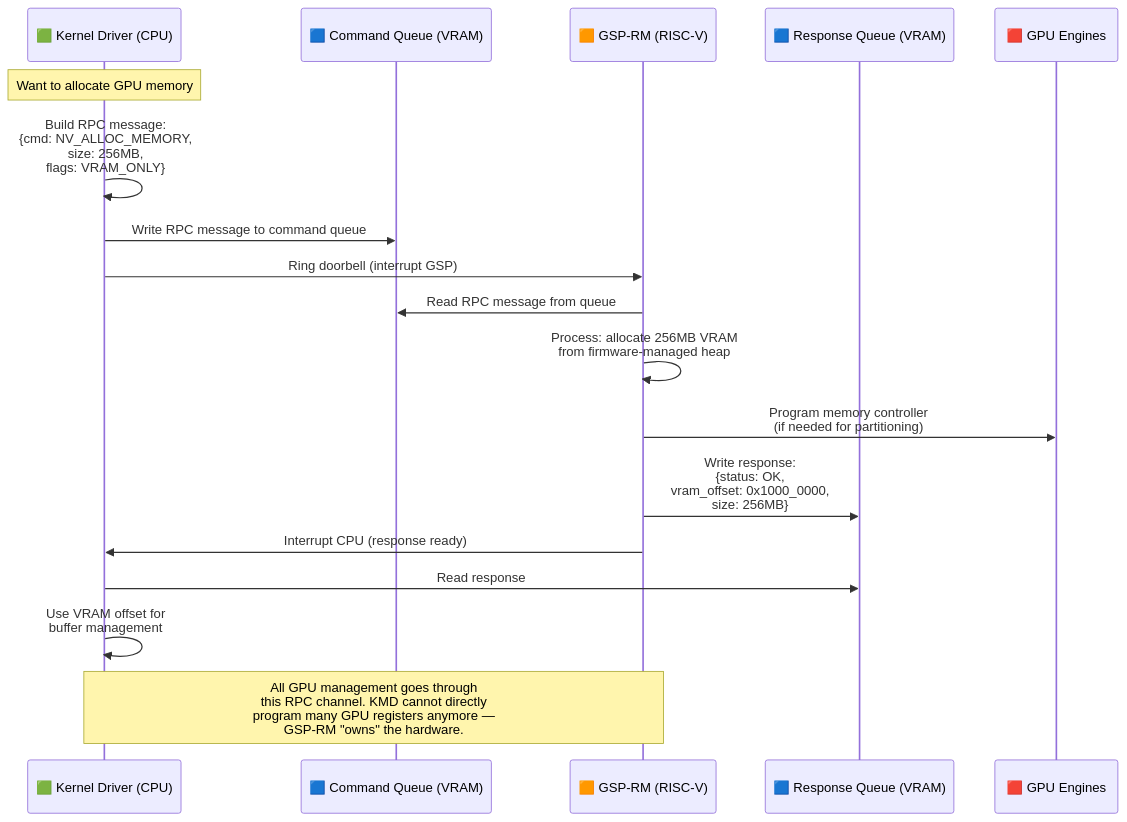
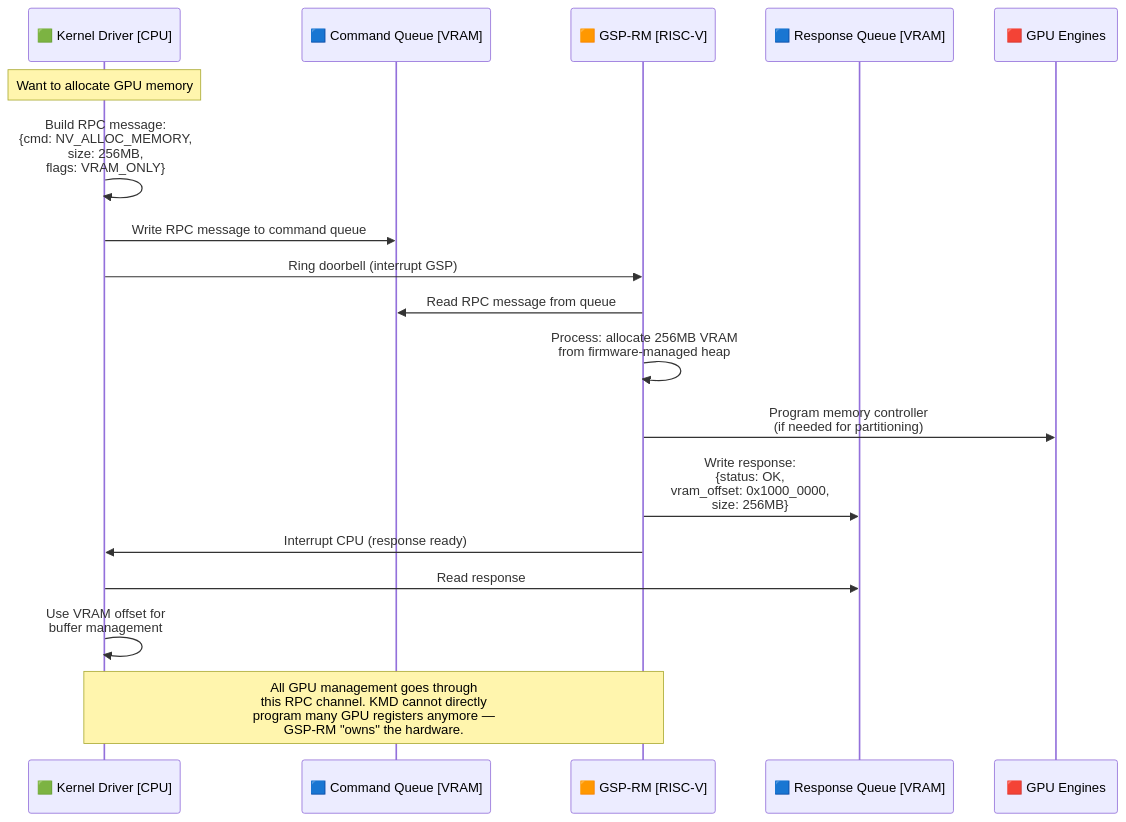
The tenth of 22 diagrams in MemoryManagement/18_NVIDIA_System_Design_Part2.md (nilprajapati97/Linux), drawn with Mermaid before and after one commit. The commit also changed other lines of this file and 68 other files, not shown here.

````diff
--- a/MemoryManagement/18_NVIDIA_System_Design_Part2.md
+++ b/MemoryManagement/18_NVIDIA_System_Design_Part2.md
@@ -409,29 +409,29 @@
 ```mermaid
 sequenceDiagram
-    participant KMD as 🟩 Kernel Driver (CPU)
-    participant CMD as 🟦 Command Queue (VRAM)
-    participant GSP as 🟧 GSP-RM (RISC-V)
-    participant RSP as 🟦 Response Queue (VRAM)
+    participant KMD as 🟩 Kernel Driver [CPU]
+    participant CMD as 🟦 Command Queue [VRAM]
+    participant GSP as 🟧 GSP-RM [RISC-V]
+    participant RSP as 🟦 Response Queue [VRAM]
     participant GPU_HW as 🟥 GPU Engines
 
     Note over KMD: Want to allocate GPU memory
 
     KMD->>KMD: Build RPC message:<br/>{cmd: NV_ALLOC_MEMORY,<br/> size: 256MB,<br/> flags: VRAM_ONLY}
 
     KMD->>CMD: Write RPC message to command queue
     KMD->>GSP: Ring doorbell (interrupt GSP)
 
     GSP->>CMD: Read RPC message from queue
     GSP->>GSP: Process: allocate 256MB VRAM<br/>from firmware-managed heap
 
     GSP->>GPU_HW: Program memory controller<br/>(if needed for partitioning)
 
     GSP->>RSP: Write response:<br/>{status: OK,<br/> vram_offset: 0x1000_0000,<br/> size: 256MB}
 
     GSP->>KMD: Interrupt CPU (response ready)
 
     KMD->>RSP: Read response
     KMD->>KMD: Use VRAM offset for<br/>buffer management
 
     Note over KMD,GSP: All GPU management goes through<br/>this RPC channel. KMD cannot directly<br/>program many GPU registers anymore —<br/>GSP-RM "owns" the hardware.
 ```
````
